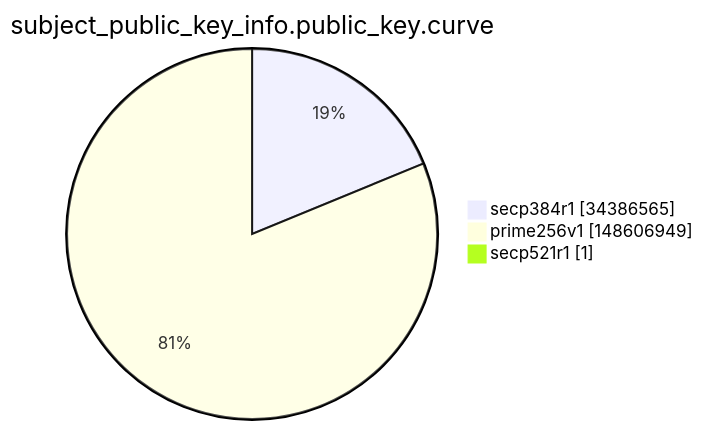
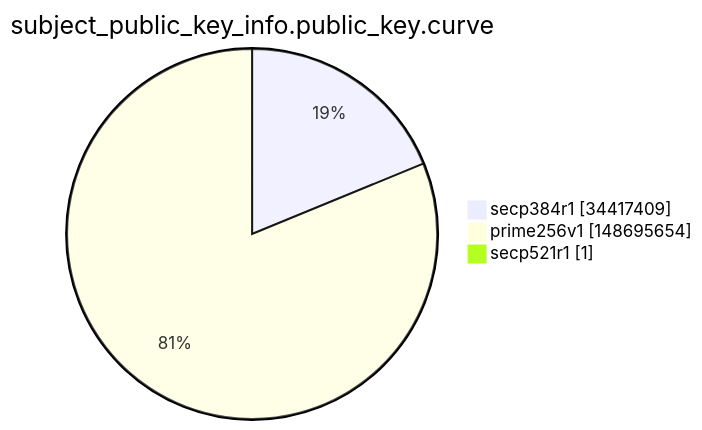
Before and after one commit to christiankrug/ctmonitor_visualization: the ninth of 15 diagrams in argon2022/README.md, drawn with Mermaid. The commit also changed other lines of this file, not shown here.

````diff
--- a/argon2022/README.md
+++ b/argon2022/README.md
@@ -2764,7 +2764,7 @@
 ```mermaid
 pie showData
 title subject_public_key_info.public_key.curve
-"secp384r1" :34386565
-"prime256v1" :148606949
+"secp384r1" :34417409
+"prime256v1" :148695654
 "secp521r1" :1
 ```
````
